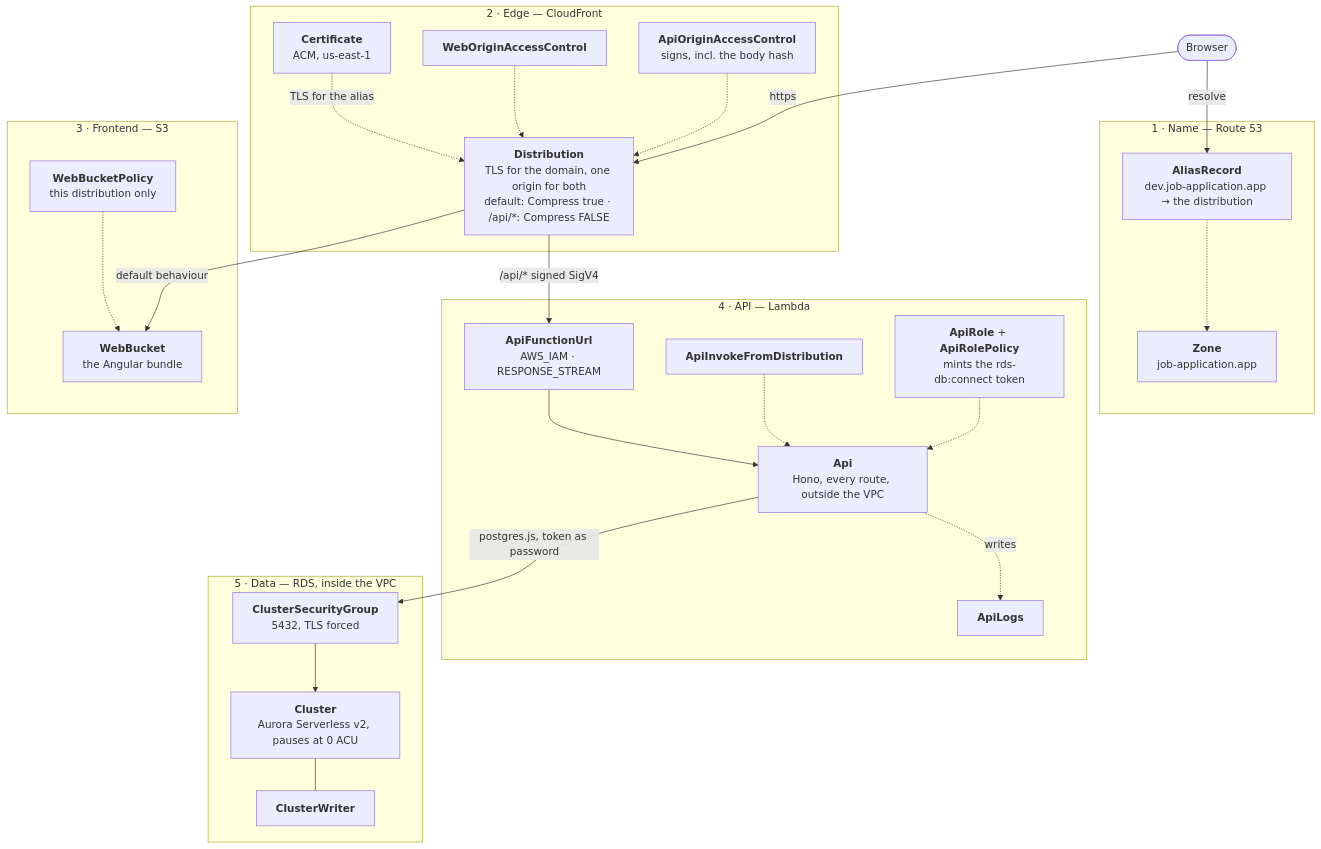
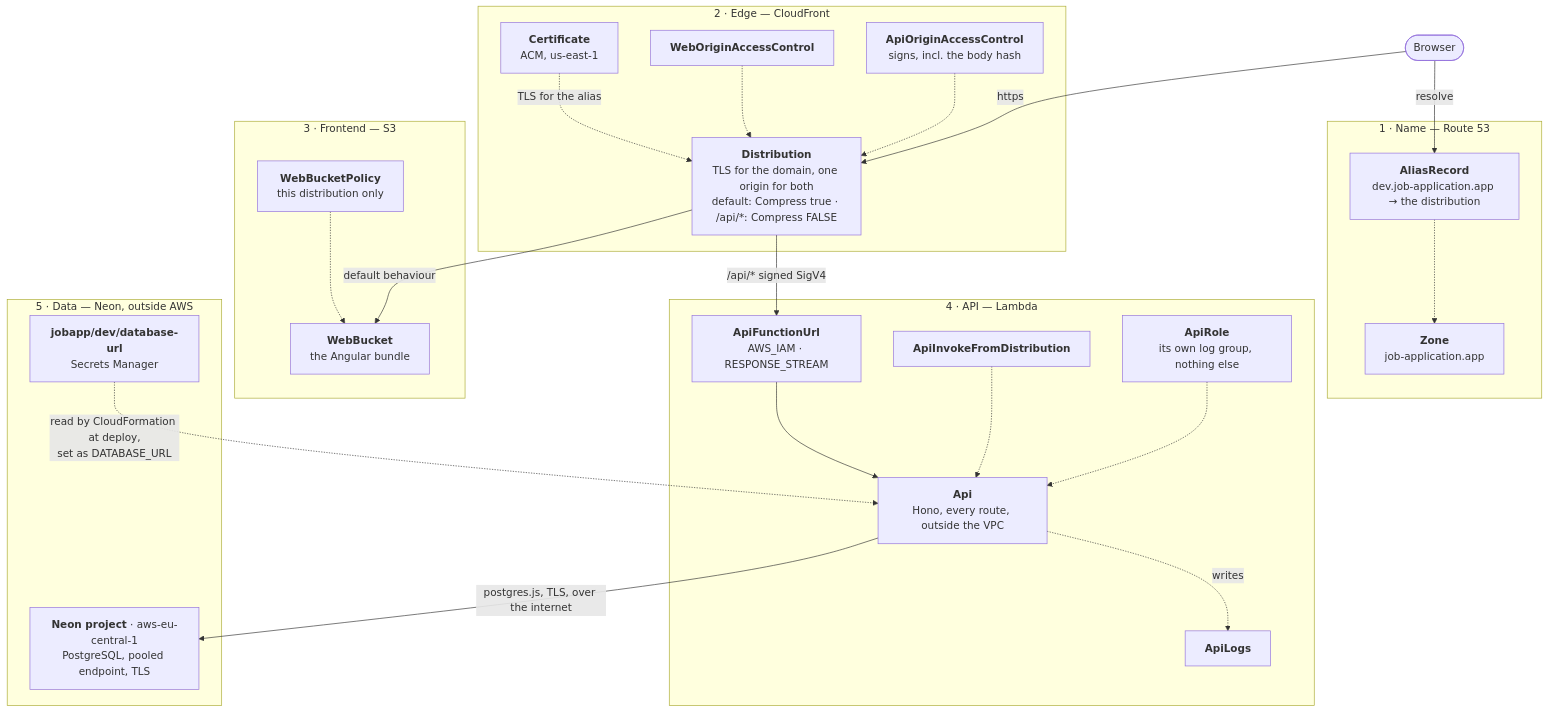
The second of 5 diagrams in infra/architecture.md (Ovich/job-application-ai), drawn with Mermaid before and after one commit. The commit also changed other lines of this file and 2 other files, not shown here.

````diff
--- a/infra/architecture.md
+++ b/infra/architecture.md
@@ -99,53 +102,51 @@
 ```mermaid
 flowchart TB
   browser(["Browser"])
 
   subgraph t1["1 · Name — Route 53"]
     AliasRecord["<b>AliasRecord</b><br/>dev.job-application.app → the distribution"]
     Zone["<b>Zone</b><br/>job-application.app"]
   end
 
   subgraph t2["2 · Edge — CloudFront"]
     Distribution["<b>Distribution</b><br/>TLS for the domain, one origin for both<br/>default: Compress true · /api/*: Compress FALSE"]
     Certificate["<b>Certificate</b><br/>ACM, us-east-1"]
     WebOAC["<b>WebOriginAccessControl</b>"]
     ApiOAC["<b>ApiOriginAccessControl</b><br/>signs, incl. the body hash"]
   end
 
   subgraph t3["3 · Frontend — S3"]
     WebBucket["<b>WebBucket</b><br/>the Angular bundle"]
     WebBucketPolicy["<b>WebBucketPolicy</b><br/>this distribution only"]
   end
 
   subgraph t4["4 · API — Lambda"]
     ApiFunctionUrl["<b>ApiFunctionUrl</b><br/>AWS_IAM · RESPONSE_STREAM"]
     Api["<b>Api</b><br/>Hono, every route, outside the VPC"]
     ApiInvoke["<b>ApiInvokeFromDistribution</b>"]
-    ApiRole["<b>ApiRole</b> + <b>ApiRolePolicy</b><br/>mints the rds-db:connect token"]
+    ApiRole["<b>ApiRole</b><br/>its own log group, nothing else"]
     ApiLogs["<b>ApiLogs</b>"]
   end
 
-  subgraph t5["5 · Data — RDS, inside the VPC"]
-    SG["<b>ClusterSecurityGroup</b><br/>5432, TLS forced"]
-    Cluster["<b>Cluster</b><br/>Aurora Serverless v2, pauses at 0 ACU"]
-    ClusterWriter["<b>ClusterWriter</b>"]
+  subgraph t5["5 · Data — Neon, outside AWS"]
+    Neon["<b>Neon project</b> · aws-eu-central-1<br/>PostgreSQL, pooled endpoint, TLS"]
+    Secret["<b>jobapp/dev/database-url</b><br/>Secrets Manager"]
   end
 
   browser -->|"resolve"| AliasRecord
   browser -->|"https"| Distribution
   Distribution -->|"default behaviour"| WebBucket
   Distribution -->|"/api/* signed SigV4"| ApiFunctionUrl
   ApiFunctionUrl --> Api
-  Api -->|"postgres.js, token as password"| SG
-  SG --> Cluster
-  Cluster --- ClusterWriter
+  Api -->|"postgres.js, TLS, over the internet"| Neon
+  Secret -.->|"read by CloudFormation at deploy,<br/>set as DATABASE_URL"| Api
 
   AliasRecord -.-> Zone
   Certificate -.->|"TLS for the alias"| Distribution
   WebOAC -.-> Distribution
   ApiOAC -.-> Distribution
   WebBucketPolicy -.-> WebBucket
   ApiInvoke -.-> Api
   ApiRole -.-> Api
   Api -.->|"writes"| ApiLogs
 ```
````
